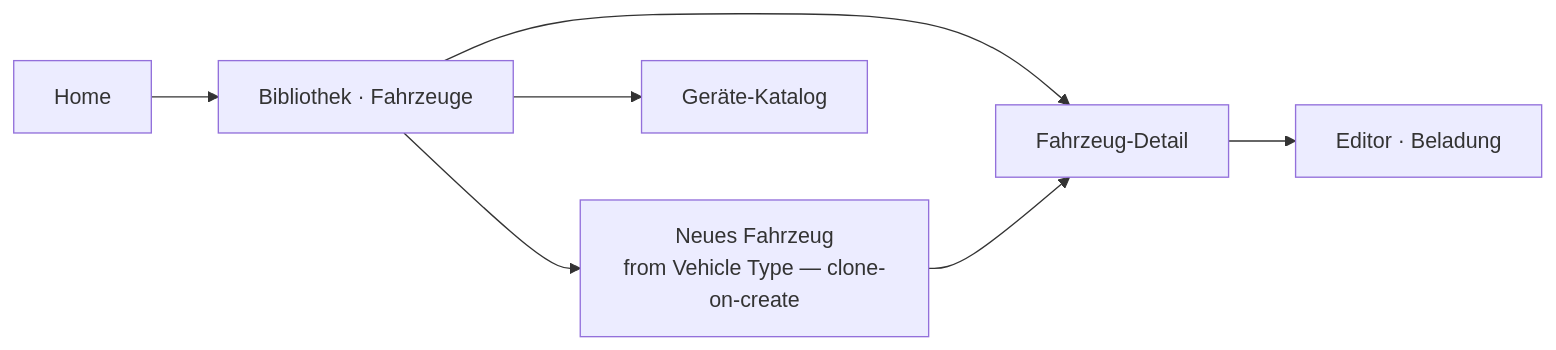
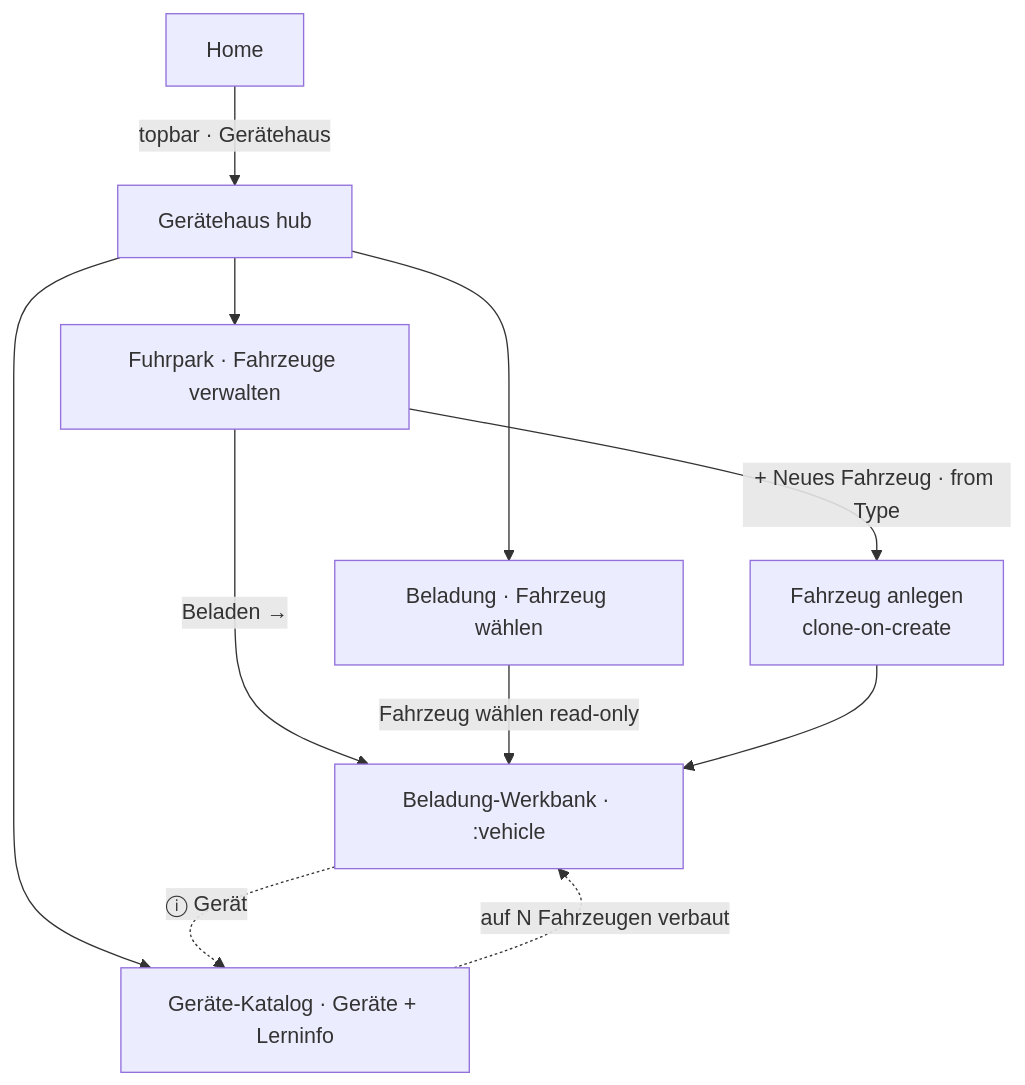
One commit to Fabian-Goetz/agni changed the fifth of 6 diagrams in docs/design/screen-flow.md. Above: the diagram before and after it, drawn with Mermaid. The commit also changed other lines of this file and 5 other files, not shown here.

````diff
--- a/docs/design/screen-flow.md
+++ b/docs/design/screen-flow.md
@@ -280,9 +295,14 @@
 ```mermaid
-flowchart LR
-    home[Home] --> lib[Bibliothek · Fahrzeuge]
-    lib --> vnew[Neues Fahrzeug<br/>from Vehicle Type — clone-on-create]
-    lib --> vdetail[Fahrzeug-Detail]
-    vdetail --> editor[Editor · Beladung]
-    lib --> catalog[Geräte-Katalog]
-    vnew --> vdetail
+flowchart TB
+    home[Home] -->|topbar · Gerätehaus| gh[Gerätehaus hub]
+    gh --> fp[Fuhrpark · Fahrzeuge verwalten]
+    gh --> kat[Geräte-Katalog · Geräte + Lerninfo]
+    gh --> bel[Beladung · Fahrzeug wählen]
+
+    fp -->|+ Neues Fahrzeug · from Type| fpnew[Fahrzeug anlegen<br/>clone-on-create]
+    fp -->|Beladen →| work[Beladung-Werkbank · :vehicle]
+    bel -->|Fahrzeug wählen read-only| work
+    kat -.->|auf N Fahrzeugen verbaut| work
+    work -.->|ⓘ Gerät| kat
+    fpnew --> work
 ```
````
